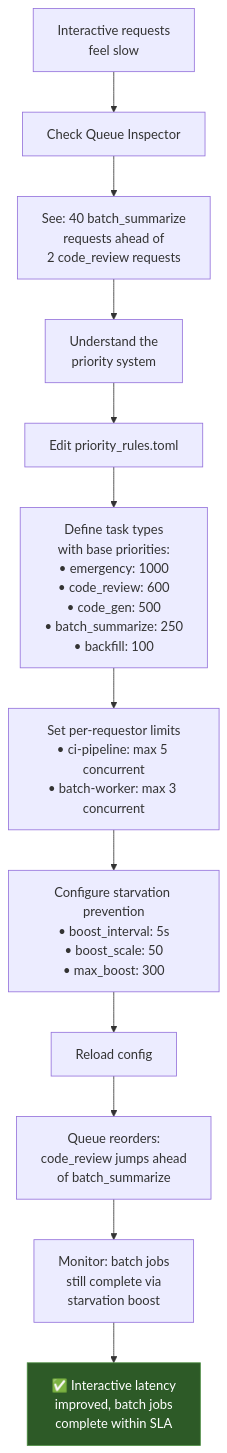
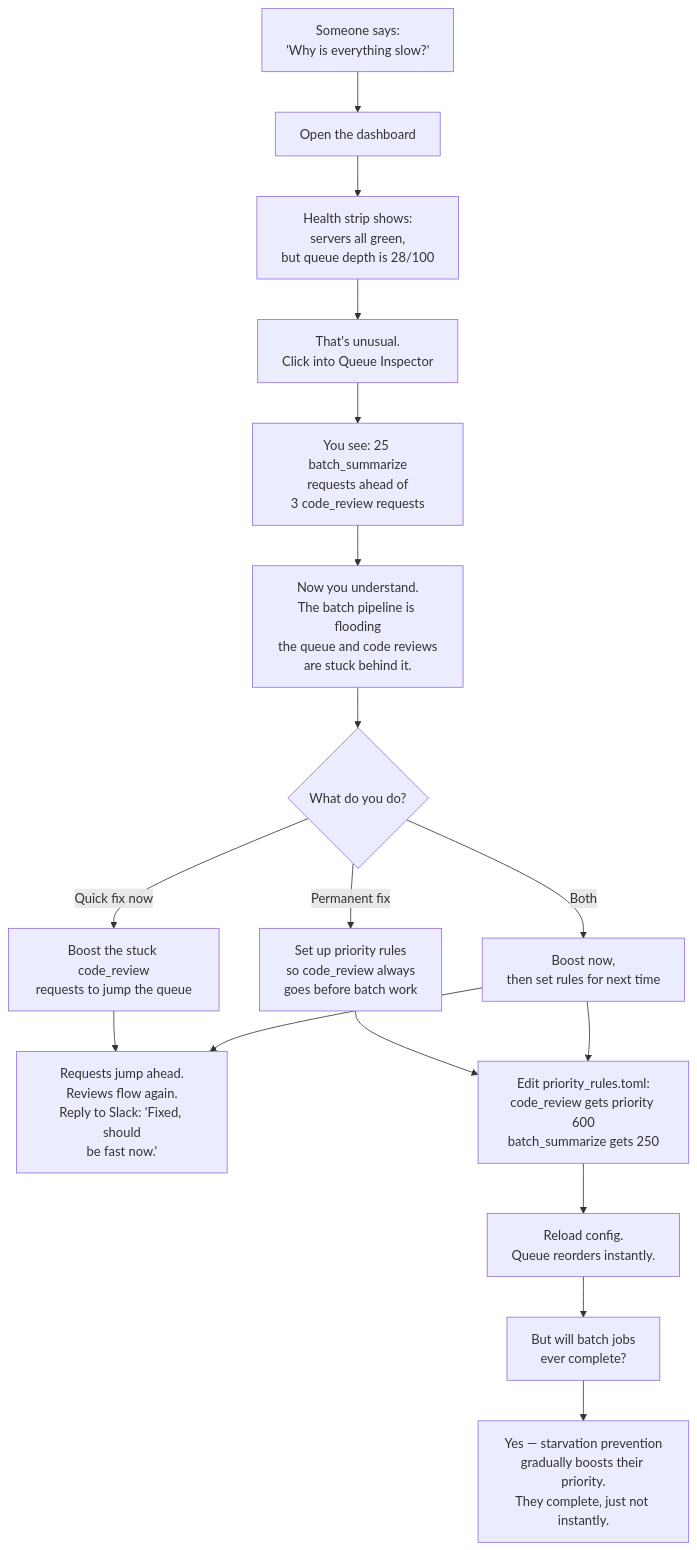
The eighth of 16 diagrams in docs/USER_JOURNEYS.md (Doom325/llama-forge), drawn with Mermaid before and after one commit. The commit also changed other lines of this file, not shown here.

````diff
--- a/docs/USER_JOURNEYS.md
+++ b/docs/USER_JOURNEYS.md
@@ -656,25 +596,28 @@
 ```mermaid
 flowchart TD
-    A["Interactive requests<br/>feel slow"] --> B["Check Queue Inspector"]
+    A["Someone says:<br/>'Why is everything slow?'"] --> B["Open the dashboard"]
 
-    B --> C["See: 40 batch_summarize<br/>requests ahead of<br/>2 code_review requests"]
+    B --> C["Health strip shows:<br/>servers all green,<br/>but queue depth is 28/100"]
 
-    C --> D["Understand the<br/>priority system"]
+    C --> D["That's unusual.<br/>Click into Queue Inspector"]
 
-    D --> E["Edit priority_rules.toml"]
+    D --> E["You see: 25 batch_summarize<br/>requests ahead of<br/>3 code_review requests"]
 
-    E --> F["Define task types<br/>with base priorities:<br/>• emergency: 1000<br/>• code_review: 600<br/>• code_gen: 500<br/>• batch_summarize: 250<br/>• backfill: 100"]
+    E --> F["Now you understand.<br/>The batch pipeline is flooding<br/>the queue and code reviews<br/>are stuck behind it."]
 
-    F --> G["Set per-requestor limits<br/>• ci-pipeline: max 5 concurrent<br/>• batch-worker: max 3 concurrent"]
+    F --> G{"What do you do?"}
 
-    G --> H["Configure starvation prevention<br/>• boost_interval: 5s<br/>• boost_scale: 50<br/>• max_boost: 300"]
+    G -->|"Quick fix now"| H["Boost the stuck code_review<br/>requests to jump the queue"]
+    G -->|"Permanent fix"| I["Set up priority rules<br/>so code_review always<br/>goes before batch work"]
+    G -->|"Both"| J["Boost now,<br/>then set rules for next time"]
 
-    H --> I["Reload config"]
-    I --> J["Queue reorders:<br/>code_review jumps ahead<br/>of batch_summarize"]
+    H --> K["Requests jump ahead.<br/>Reviews flow again.<br/>Reply to Slack: 'Fixed, should<br/>be fast now.'"]
 
-    J --> K["Monitor: batch jobs<br/>still complete via<br/>starvation boost"]
+    I --> L["Edit priority_rules.toml:<br/>code_review gets priority 600<br/>batch_summarize gets 250"]
+    L --> M["Reload config.<br/>Queue reorders instantly."]
+    M --> N["But will batch jobs<br/>ever complete?"]
+    N --> O["Yes — starvation prevention<br/>gradually boosts their priority.<br/>They complete, just not instantly."]
 
-    K --> L["✅ Interactive latency<br/>improved, batch jobs<br/>complete within SLA"]
-
-    style L fill:#2d5a27,stroke:#4a8c3f,color:#fff
+    J --> K
+    J --> L
 ```
````
